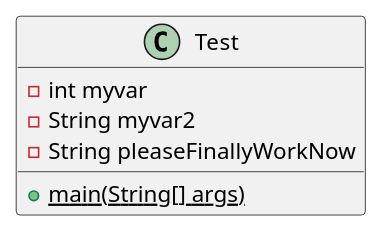
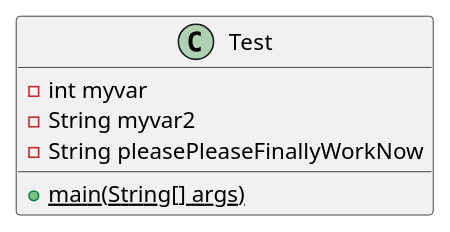
Before and after one commit to andrewdimmer/csi-3370-software-project-config-test: the diagram in docs/uml/test.puml, drawn with PlantUML.

```diff
--- a/docs/uml/test.puml
+++ b/docs/uml/test.puml
@@ -1,10 +1,10 @@
 @startuml test
 
 class Test {
     - int myvar
     - String myvar2
-    - String pleaseFinallyWorkNow
+    - String pleasePleaseFinallyWorkNow
     {static} + main(String[] args)
 }
 
 @enduml
```
